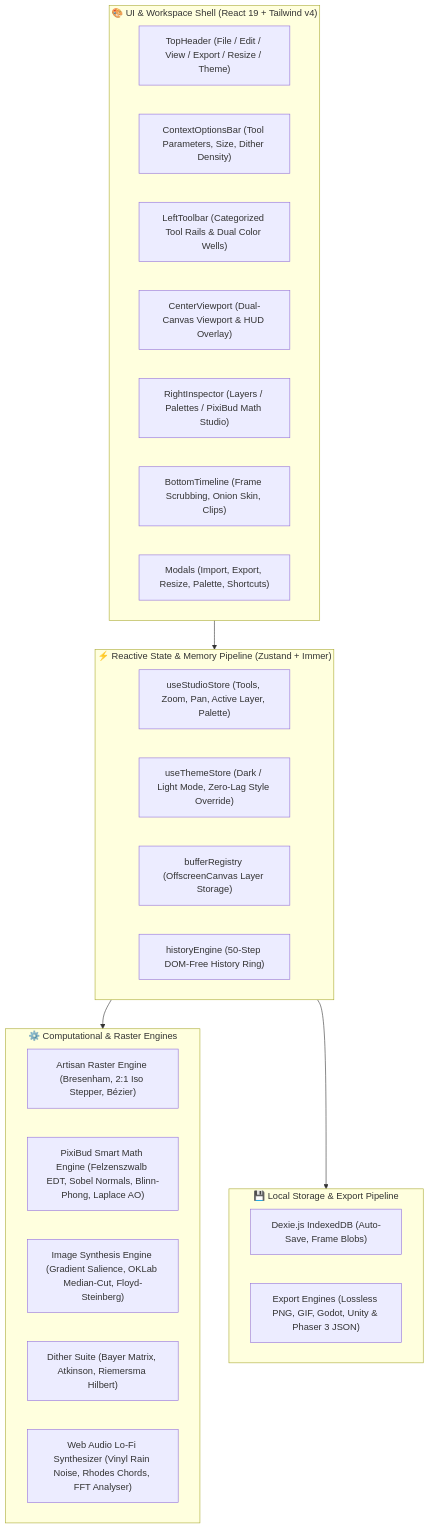
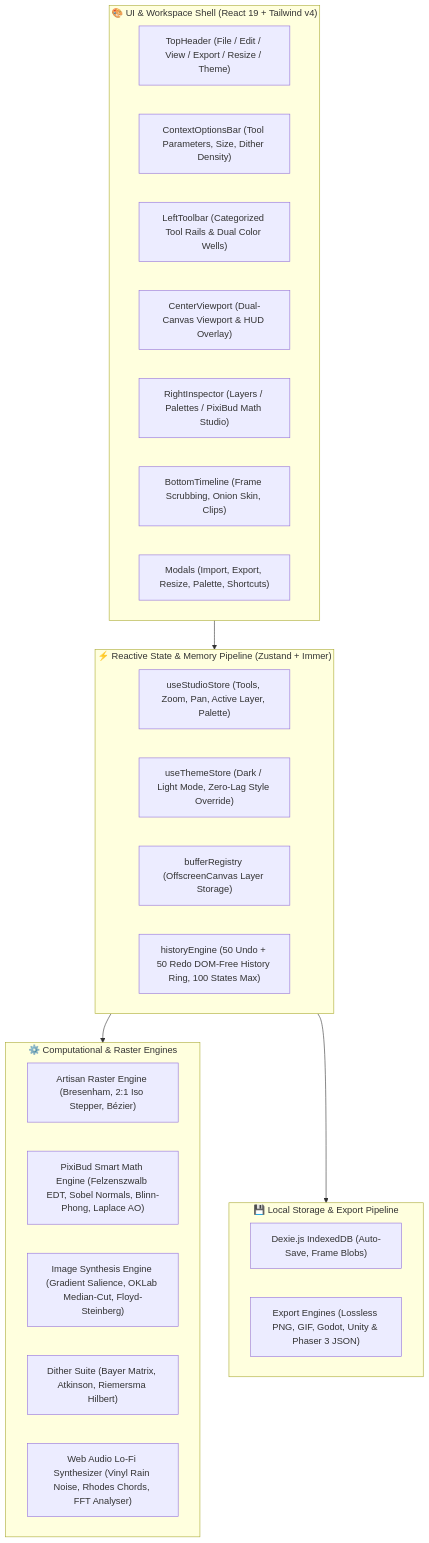
The first of 6 diagrams in ARCHITECTURE.md (lxcario/PixiBun), drawn with Mermaid before and after one commit. The commit also changed other lines of this file and 21 other files, not shown here.

````diff
--- a/ARCHITECTURE.md
+++ b/ARCHITECTURE.md
@@ -17,36 +17,36 @@
 ```mermaid
 graph TD
     subgraph UI_Layer ["🎨 UI & Workspace Shell (React 19 + Tailwind v4)"]
         TopNav["TopHeader (File / Edit / View / Export / Resize / Theme)"]
         OptionStrip["ContextOptionsBar (Tool Parameters, Size, Dither Density)"]
         LeftRail["LeftToolbar (Categorized Tool Rails & Dual Color Wells)"]
         ViewportShell["CenterViewport (Dual-Canvas Viewport & HUD Overlay)"]
         RightStudio["RightInspector (Layers / Palettes / PixiBud Math Studio)"]
         TimelineDock["BottomTimeline (Frame Scrubbing, Onion Skin, Clips)"]
         Modals["Modals (Import, Export, Resize, Palette, Shortcuts)"]
     end
 
     subgraph State_Layer ["⚡ Reactive State & Memory Pipeline (Zustand + Immer)"]
         Store["useStudioStore (Tools, Zoom, Pan, Active Layer, Palette)"]
         Theme["useThemeStore (Dark / Light Mode, Zero-Lag Style Override)"]
         BufferReg["bufferRegistry (OffscreenCanvas Layer Storage)"]
-        UndoRedo["historyEngine (50-Step DOM-Free History Ring)"]
+        UndoRedo["historyEngine (50 Undo + 50 Redo DOM-Free History Ring, 100 States Max)"]
     end
 
     subgraph Core_Engines ["⚙️ Computational & Raster Engines"]
         RasterCore["Artisan Raster Engine (Bresenham, 2:1 Iso Stepper, Bézier)"]
         MathCore["PixiBud Smart Math Engine (Felzenszwalb EDT, Sobel Normals, Blinn-Phong, Laplace AO)"]
         PixelizeCore["Image Synthesis Engine (Gradient Salience, OKLab Median-Cut, Floyd-Steinberg)"]
         DitherCore["Dither Suite (Bayer Matrix, Atkinson, Riemersma Hilbert)"]
         AudioCore["Web Audio Lo-Fi Synthesizer (Vinyl Rain Noise, Rhodes Chords, FFT Analyser)"]
     end
 
     subgraph Storage_Layer ["💾 Local Storage & Export Pipeline"]
         DexieDB["Dexie.js IndexedDB (Auto-Save, Frame Blobs)"]
         Exporter["Export Engines (Lossless PNG, GIF, Godot, Unity & Phaser 3 JSON)"]
     end
 
     UI_Layer --> State_Layer
     State_Layer --> Core_Engines
     State_Layer --> Storage_Layer
 ```
````
